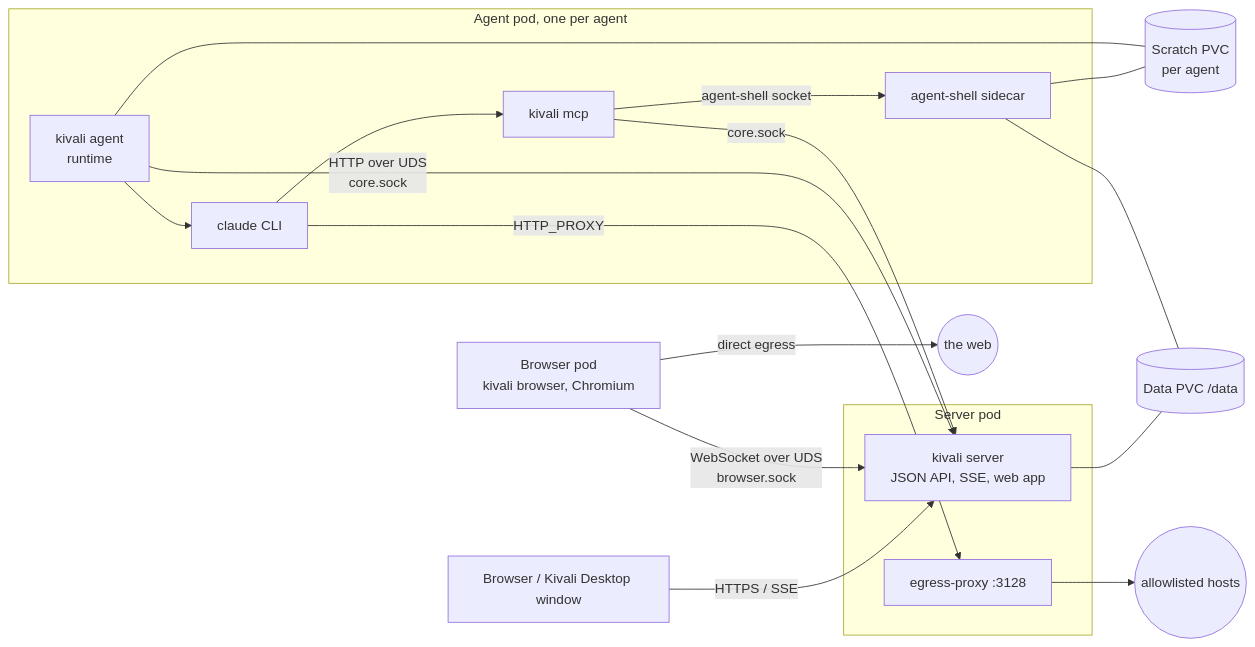
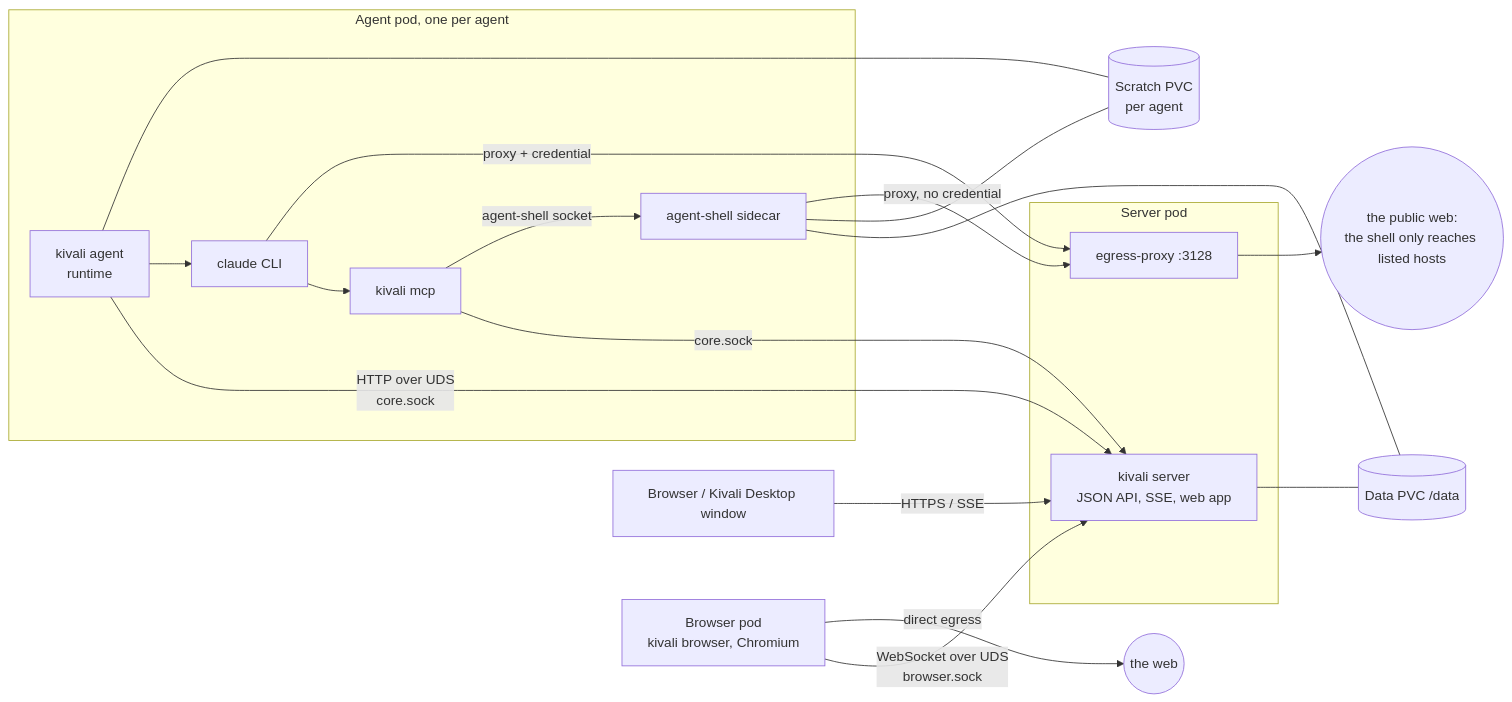
Before and after one commit to kivali-ai/kivali: the first of 2 diagrams in docs/developers/architecture.md, drawn with Mermaid. The commit also changed other lines of this file and 135 other files, not shown here.

````diff
--- a/docs/developers/architecture.md
+++ b/docs/developers/architecture.md
@@ -10,28 +10,30 @@
 ```mermaid
 flowchart LR
   browser[Browser / Kivali Desktop window]
   subgraph server_pod[Server pod]
     core[kivali server<br/>JSON API, SSE, web app]
     proxy[egress-proxy :3128]
   end
   subgraph agent_pod[Agent pod, one per agent]
     runtime[kivali agent<br/>runtime]
     cli[claude CLI]
     mcp[kivali mcp]
     shell[agent-shell sidecar]
   end
   data[(Data PVC /data)]
   scratch[(Scratch PVC<br/>per agent)]
   browser -- HTTPS / SSE --> core
   core --- data
   runtime -- HTTP over UDS<br/>core.sock --> core
   runtime --> cli --> mcp
   mcp -- core.sock --> core
   browserpod[Browser pod<br/>kivali browser, Chromium] -- WebSocket over UDS<br/>browser.sock --> core
   browserpod -- direct egress --> web((the web))
   mcp -- agent-shell socket --> shell
   shell --- data
   shell --- scratch
   runtime --- scratch
-  cli -- HTTP_PROXY --> proxy --> internet((allowlisted hosts))
+  cli -- proxy + credential --> proxy
+  shell -- proxy, no credential --> proxy
+  proxy --> internet((the public web:<br/>the shell only reaches listed hosts))
 ```
````
